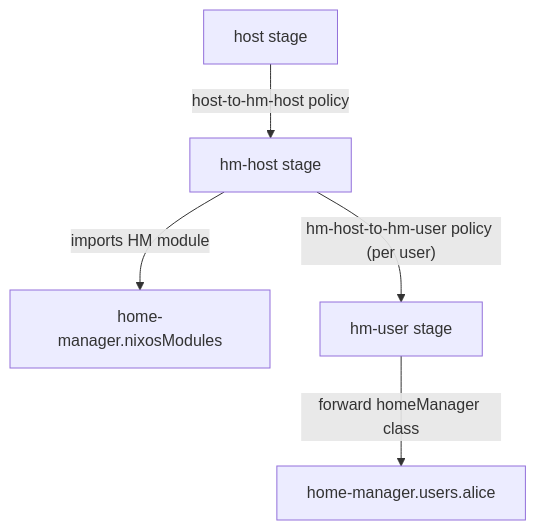
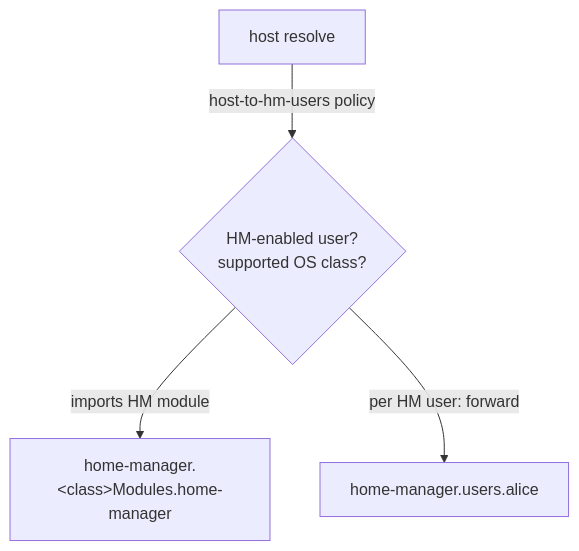
Before and after one commit to ZetabS/den: the diagram in docs/src/content/docs/guides/home-manager.mdx, drawn with Mermaid. The commit also changed other lines of this file and 56 other files, not shown here.

````diff
--- a/docs/src/content/docs/guides/home-manager.mdx
+++ b/docs/src/content/docs/guides/home-manager.mdx
@@ -49,7 +49,6 @@
 ```mermaid
 flowchart TD
-  host["host stage"] -->|"host-to-hm-host policy"| hmhost["hm-host stage"]
-  hmhost -->|"imports HM module"| mod["home-manager.nixosModules"]
-  hmhost -->|"hm-host-to-hm-user policy (per user)"| hmuser["hm-user stage"]
-  hmuser -->|"forward homeManager class"| target["home-manager.users.alice"]
+  host["host resolve"] -->|"host-to-hm-users policy"| detect{"HM-enabled user?<br/>supported OS class?"}
+  detect -->|"imports HM module"| mod["home-manager.&lt;class&gt;Modules.home-manager"]
+  detect -->|"per HM user: forward"| target["home-manager.users.alice"]
 ```
````
